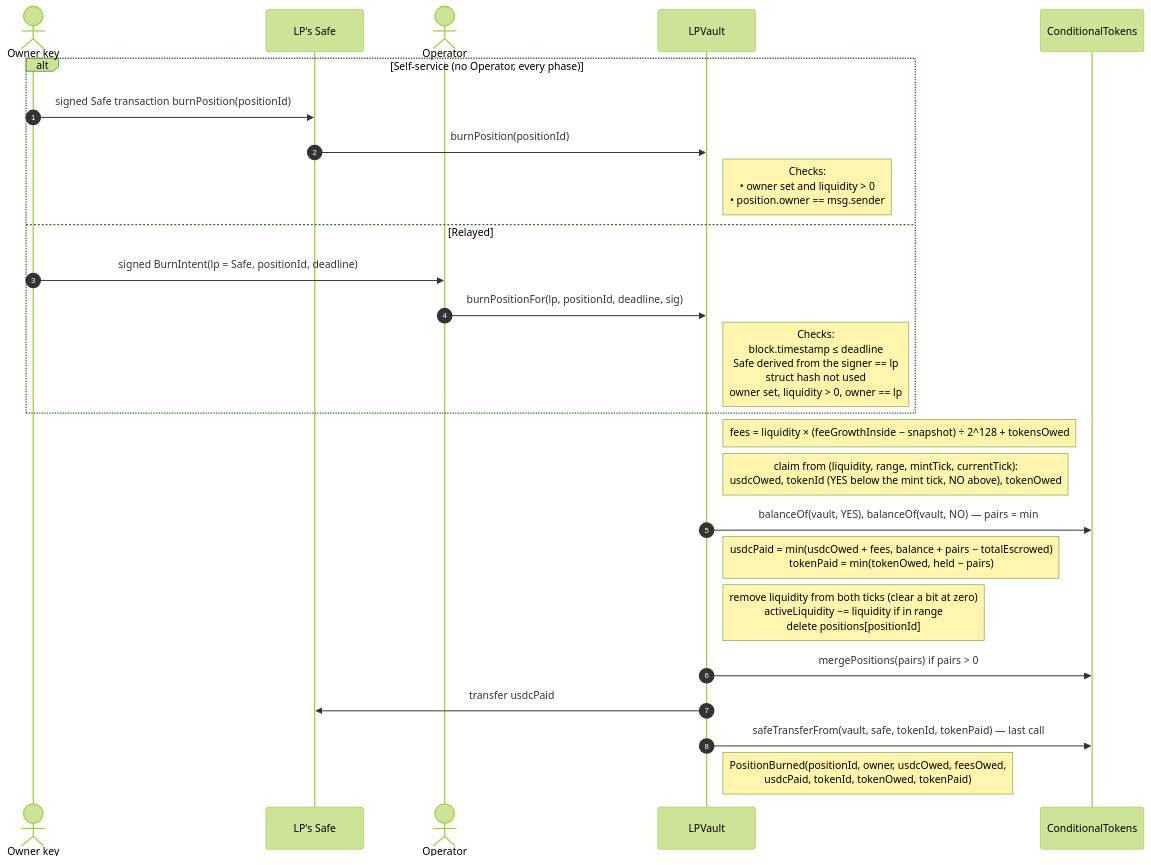
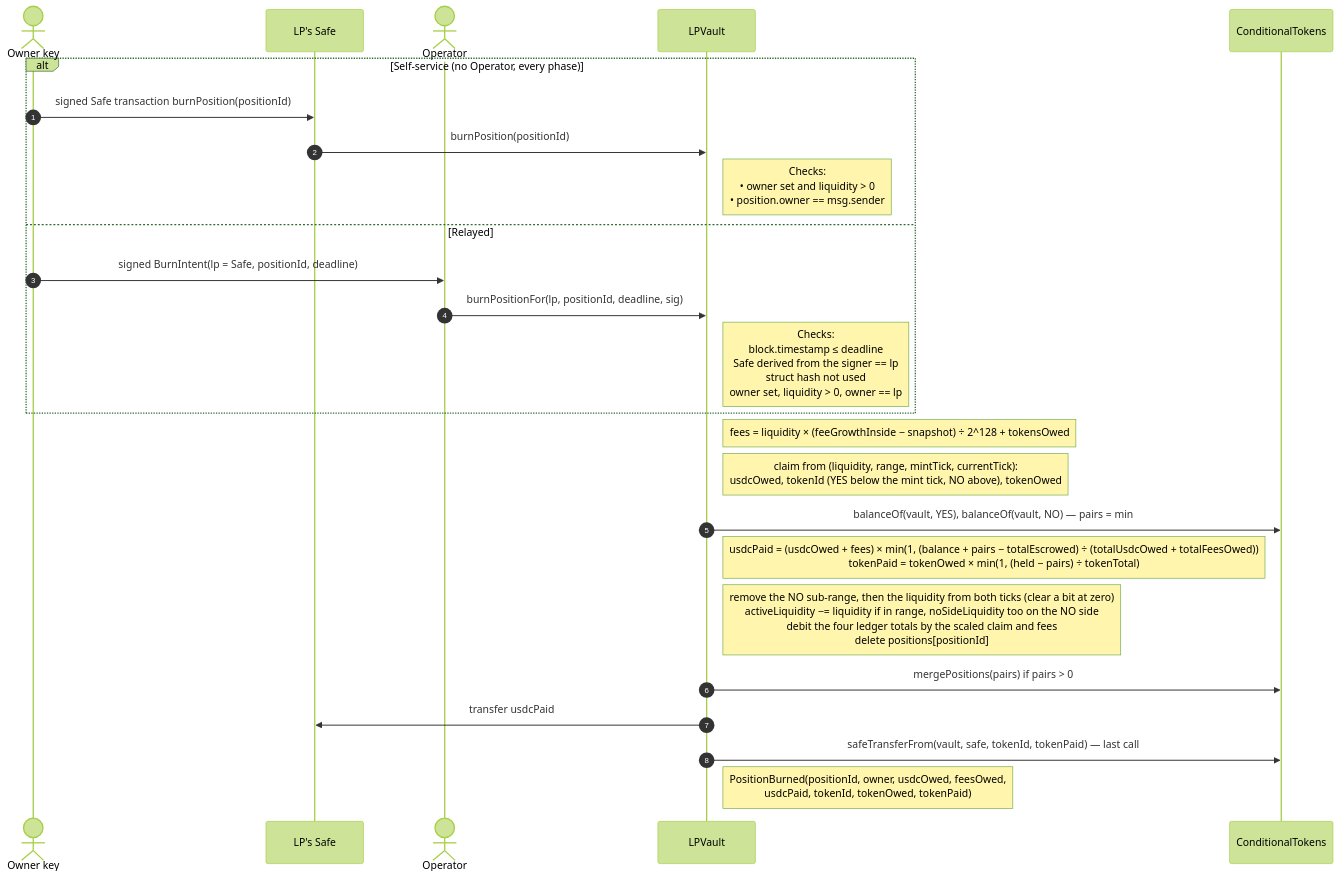
The ninth of 15 diagrams in FLOWS.md (ProphetMarket/lp-vaults), drawn with Mermaid (forest theme) before and after one commit. The commit also changed other lines of this file and 3 other files, not shown here.

First line of the commit message:
chore (vault): Document the ledger and update R11

````diff
--- a/FLOWS.md
+++ b/FLOWS.md
@@ -303,28 +305,28 @@
 ```mermaid
 sequenceDiagram
     autonumber
     actor OwnerKey as Owner key
     participant Safe as LP's Safe
     actor Operator
     participant Vault as LPVault
     participant CTF as ConditionalTokens
 
     alt Self-service (no Operator, every phase)
         OwnerKey->>Safe: signed Safe transaction burnPosition(positionId)
         Safe->>Vault: burnPosition(positionId)
         Note right of Vault: Checks:<br/>• owner set and liquidity > 0<br/>• position.owner == msg.sender
     else Relayed
         OwnerKey->>Operator: signed BurnIntent(lp = Safe, positionId, deadline)
         Operator->>Vault: burnPositionFor(lp, positionId, deadline, sig)
         Note right of Vault: Checks:<br/>block.timestamp ≤ deadline<br/>Safe derived from the signer == lp<br/>struct hash not used<br/>owner set, liquidity > 0, owner == lp
     end
     Note right of Vault: fees = liquidity × (feeGrowthInside − snapshot) ÷ 2^128 + tokensOwed
     Note right of Vault: claim from (liquidity, range, mintTick, currentTick):<br/>usdcOwed, tokenId (YES below the mint tick, NO above), tokenOwed
     Vault->>CTF: balanceOf(vault, YES), balanceOf(vault, NO) — pairs = min
-    Note right of Vault: usdcPaid = min(usdcOwed + fees, balance + pairs − totalEscrowed)<br/>tokenPaid = min(tokenOwed, held − pairs)
-    Note right of Vault: remove liquidity from both ticks (clear a bit at zero)<br/>activeLiquidity −= liquidity if in range<br/>delete positions[positionId]
+    Note right of Vault: usdcPaid = (usdcOwed + fees) × min(1, (balance + pairs − totalEscrowed) ÷ (totalUsdcOwed + totalFeesOwed))<br/>tokenPaid = tokenOwed × min(1, (held − pairs) ÷ tokenTotal)
+    Note right of Vault: remove the NO sub-range, then the liquidity from both ticks (clear a bit at zero)<br/>activeLiquidity −= liquidity if in range, noSideLiquidity too on the NO side<br/>debit the four ledger totals by the scaled claim and fees<br/>delete positions[positionId]
     Vault->>CTF: mergePositions(pairs) if pairs > 0
     Vault->>Safe: transfer usdcPaid
     Vault->>CTF: safeTransferFrom(vault, safe, tokenId, tokenPaid) — last call
     Note right of Vault: PositionBurned(positionId, owner, usdcOwed, feesOwed,<br/>usdcPaid, tokenId, tokenOwed, tokenPaid)
 ```
````
